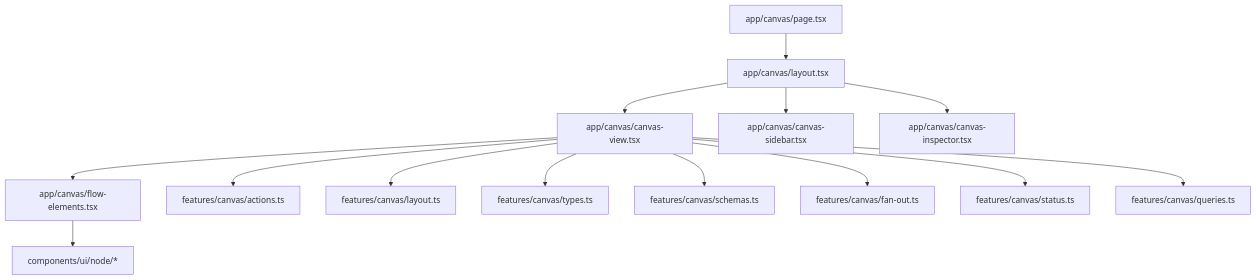
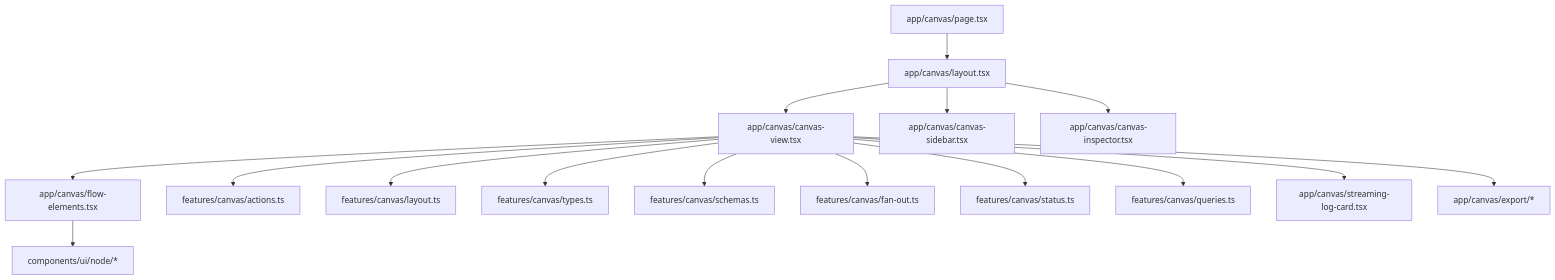
The first of 6 diagrams in .qoder/repowiki/zh/content/核心功能模块/画布编辑器/画布编辑器.md (AIMFllyYS/code-video-canvas), drawn with Mermaid before and after one commit. The commit also changed other lines of this file and 47 other files, not shown here.

````diff
--- a/.qoder/repowiki/zh/content/核心功能模块/画布编辑器/画布编辑器.md
+++ b/.qoder/repowiki/zh/content/核心功能模块/画布编辑器/画布编辑器.md
@@ -52,16 +64,18 @@
 ```mermaid
 graph TB
 A["app/canvas/page.tsx"] --> B["app/canvas/layout.tsx"]
 B --> C["app/canvas/canvas-view.tsx"]
 B --> D["app/canvas/canvas-sidebar.tsx"]
 B --> E["app/canvas/canvas-inspector.tsx"]
 C --> F["app/canvas/flow-elements.tsx"]
 C --> G["features/canvas/actions.ts"]
 C --> H["features/canvas/layout.ts"]
 C --> I["features/canvas/types.ts"]
 C --> J["features/canvas/schemas.ts"]
 C --> K["features/canvas/fan-out.ts"]
 C --> L["features/canvas/status.ts"]
 C --> M["features/canvas/queries.ts"]
 F --> N["components/ui/node/*"]
+C --> O["app/canvas/streaming-log-card.tsx"]
+C --> P["app/canvas/export/*"]
 ```
````
